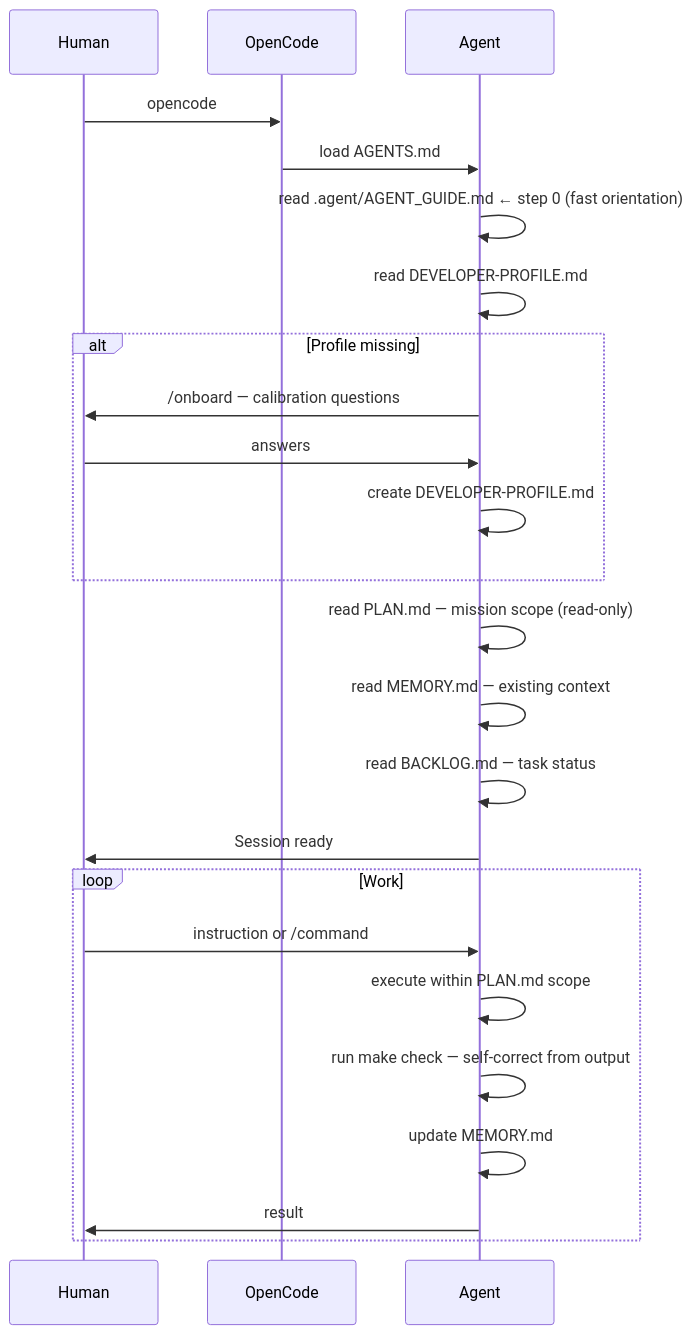
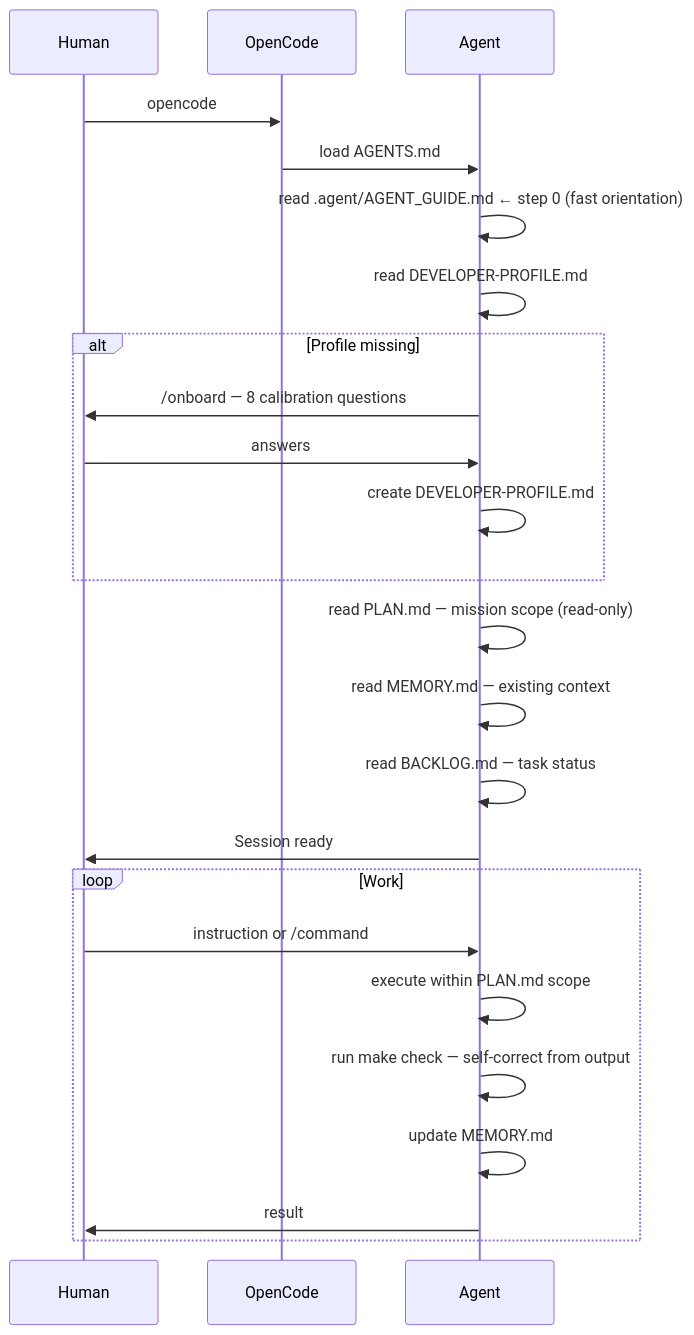
One commit to ba544a7c93f99fcc91e78e0c49c2008c/opencode-starter changed the second of 5 diagrams in README.md. Above: the diagram before and after it, drawn with Mermaid. The commit also changed other lines of this file, not shown here.

````diff
--- a/README.md
+++ b/README.md
@@ -57,27 +95,27 @@
 ```mermaid
 sequenceDiagram
     participant H as Human
     participant OC as OpenCode
     participant A as Agent
 
     H->>OC: opencode
     OC->>A: load AGENTS.md
     A->>A: read .agent/AGENT_GUIDE.md  ← step 0 (fast orientation)
     A->>A: read DEVELOPER-PROFILE.md
     alt Profile missing
-        A->>H: /onboard — calibration questions
+        A->>H: /onboard — 8 calibration questions
         H->>A: answers
         A->>A: create DEVELOPER-PROFILE.md
     end
     A->>A: read PLAN.md — mission scope (read-only)
     A->>A: read MEMORY.md — existing context
     A->>A: read BACKLOG.md — task status
     A->>H: Session ready
     loop Work
         H->>A: instruction or /command
         A->>A: execute within PLAN.md scope
         A->>A: run make check — self-correct from output
         A->>A: update MEMORY.md
         A->>H: result
     end
 ```
````
